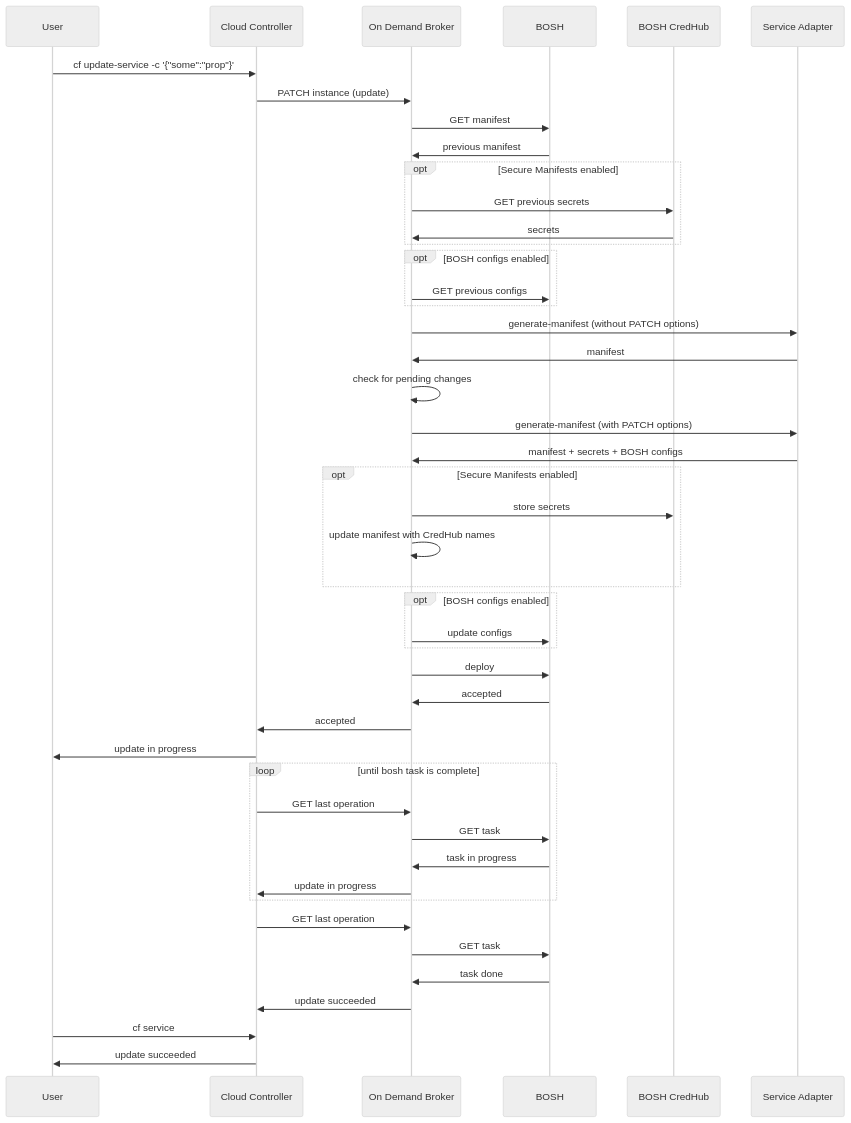
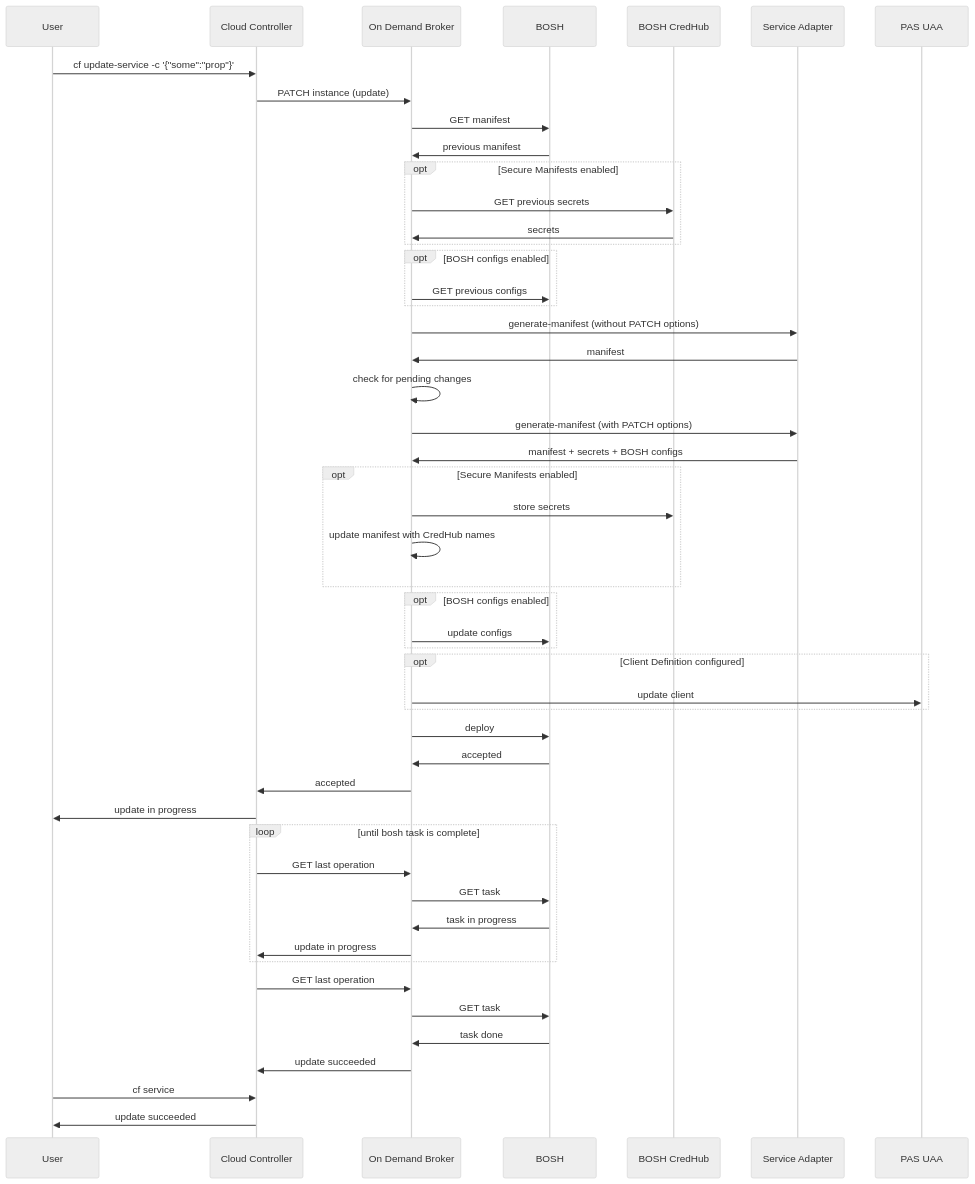
Before and after one commit to pivotal-cf/docs-on-demand-service-broker: the diagram in mmd/update_service_no_pending_changes_workflow.mmd, drawn with Mermaid (neutral theme). The commit also changed 3 other files, not shown here.

First line of the commit message:
Document new client_definition property

```diff
--- a/mmd/update_service_no_pending_changes_workflow.mmd
+++ b/mmd/update_service_no_pending_changes_workflow.mmd
@@ -1,42 +1,45 @@
 <div class="mermaid">
   sequenceDiagram
   User->> Cloud Controller: cf update-service -c '{"some":"prop"}'
   Cloud Controller->> On Demand Broker: PATCH instance (update)
   On Demand Broker->>BOSH:GET manifest
   BOSH->>On Demand Broker:previous manifest
   opt Secure Manifests enabled
     On Demand Broker->>BOSH CredHub: GET previous secrets
     BOSH CredHub->>On Demand Broker: secrets
   end
   opt BOSH configs enabled
     On Demand Broker->>BOSH:GET previous configs
   end
   On Demand Broker->>Service Adapter: generate-manifest (without PATCH options)
   Service Adapter->>On Demand Broker: manifest
   On Demand Broker->>On Demand Broker: check for pending changes
   On Demand Broker->>Service Adapter: generate-manifest (with PATCH options)
   Service Adapter->>On Demand Broker: manifest + secrets + BOSH configs
   opt Secure Manifests enabled
     On Demand Broker->>BOSH CredHub: store secrets
     On Demand Broker->>On Demand Broker: update manifest with CredHub names
   end
   opt BOSH configs enabled
     On Demand Broker->>BOSH: update configs
   end
+  opt Client Definition configured
+    On Demand Broker->>PAS UAA: update client
+  end
   On Demand Broker->>BOSH: deploy
   BOSH->>On Demand Broker: accepted
   On Demand Broker->>Cloud Controller: accepted
   Cloud Controller->>User: update in progress
   loop until bosh task is complete
     Cloud Controller->>On Demand Broker:GET last operation
     On Demand Broker->>BOSH:GET task
     BOSH->>On Demand Broker:task in progress
     On Demand Broker->>Cloud Controller:update in progress
   end
   Cloud Controller->>On Demand Broker:GET last operation
   On Demand Broker->>BOSH:GET task
   BOSH->>On Demand Broker:task done
   On Demand Broker->>Cloud Controller:update succeeded
   User->>Cloud Controller: cf service
   Cloud Controller->>User: update succeeded
 </div>
```
